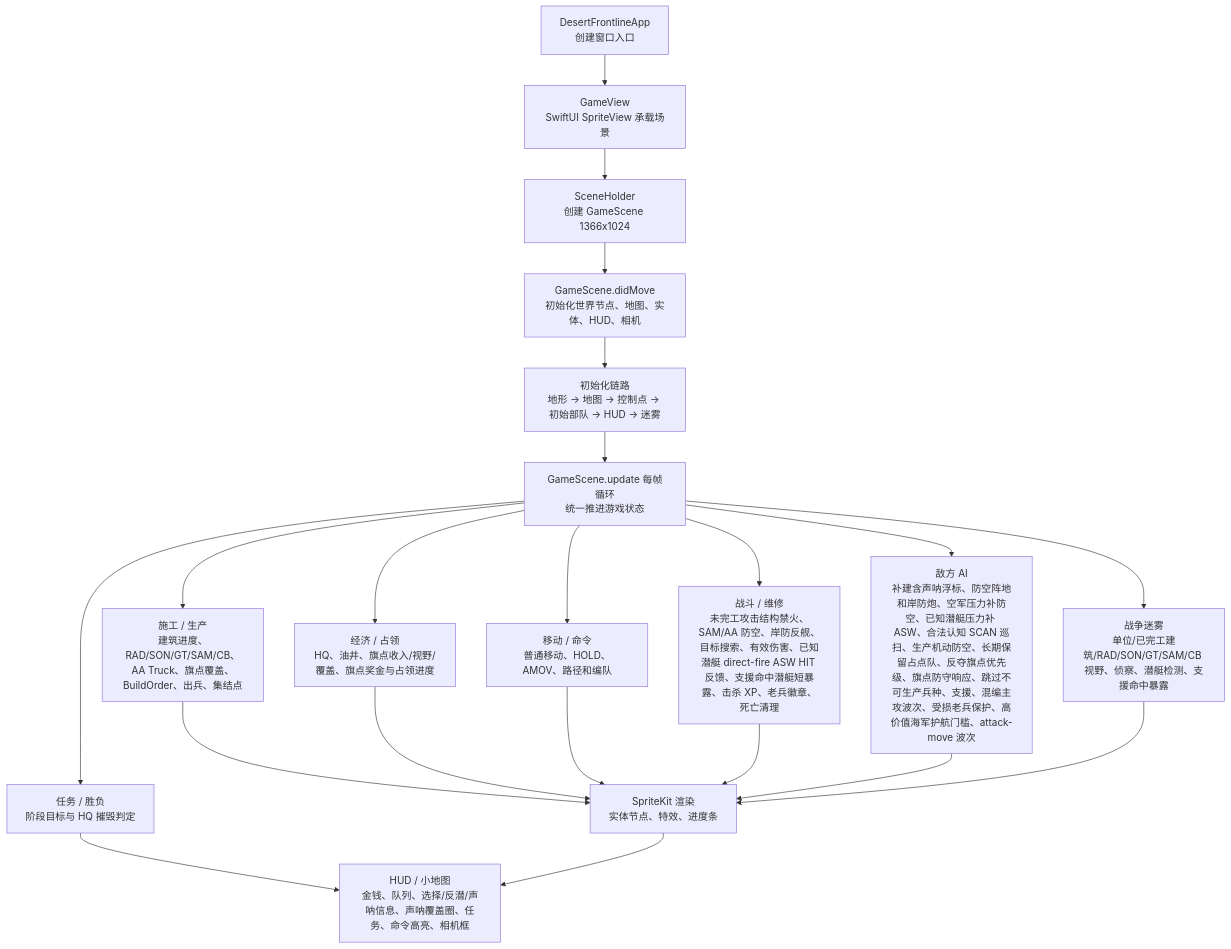
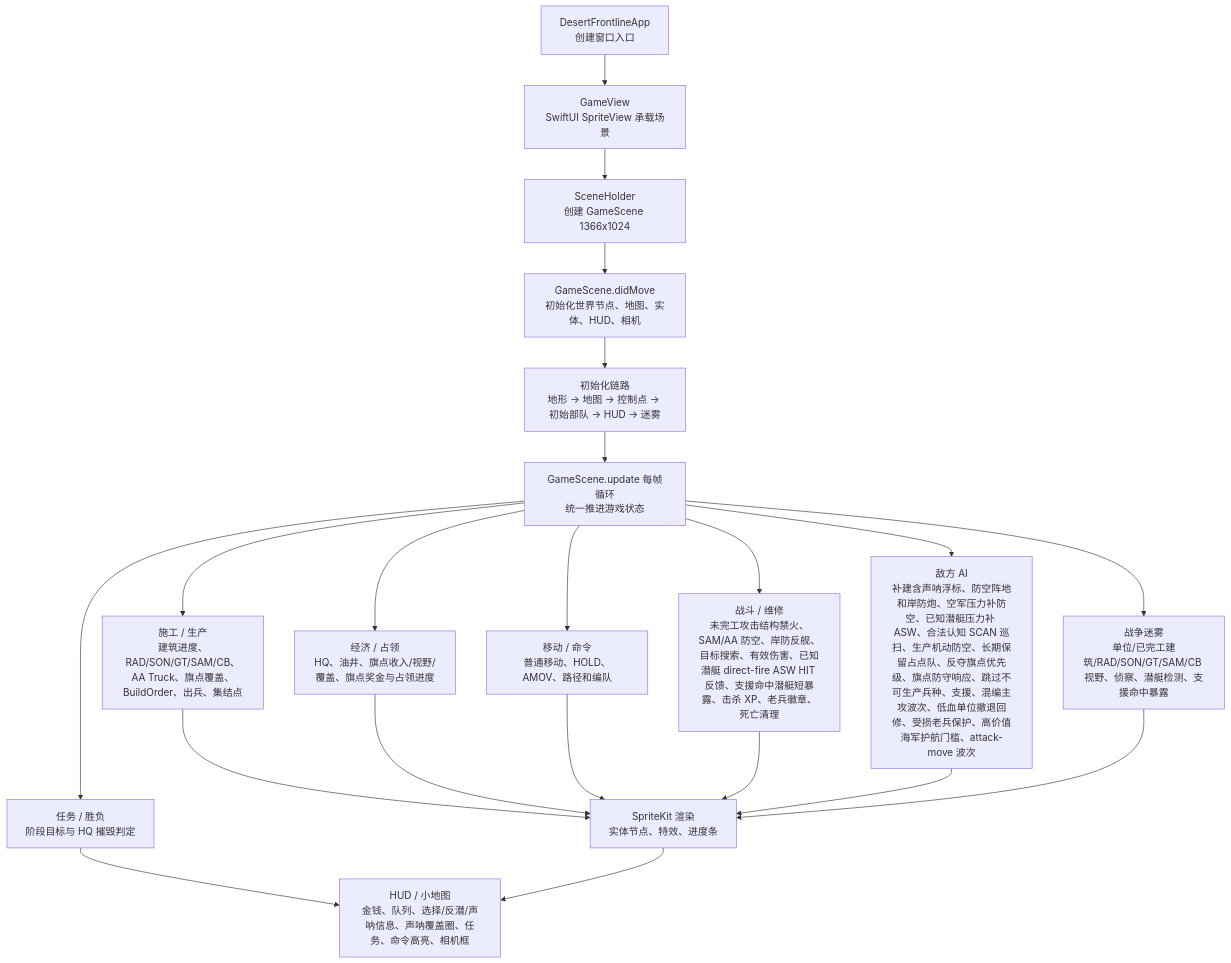
Before and after one commit to Altman-sam114/1145: the first of 3 diagrams in md/flow/flowchart.md, drawn with Mermaid. The commit also changed 4 other files, not shown here.

````diff
--- a/md/flow/flowchart.md
+++ b/md/flow/flowchart.md
@@ -9,23 +9,23 @@
 ```mermaid
 flowchart TD
   App["DesertFrontlineApp\n创建窗口入口"] --> View["GameView\nSwiftUI SpriteView 承载场景"]
   View --> Holder["SceneHolder\n创建 GameScene 1366x1024"]
   Holder --> Scene["GameScene.didMove\n初始化世界节点、地图、实体、HUD、相机"]
   Scene --> Init["初始化链路\n地形 -> 地图 -> 控制点 -> 初始部队 -> HUD -> 迷雾"]
   Init --> Loop["GameScene.update 每帧循环\n统一推进游戏状态"]
   Loop --> Build["施工 / 生产\n建筑进度、RAD/SON/GT/SAM/CB、AA Truck、旗点覆盖、BuildOrder、出兵、集结点"]
   Loop --> Economy["经济 / 占领\nHQ、油井、旗点收入/视野/覆盖、旗点奖金与占领进度"]
   Loop --> Commands["移动 / 命令\n普通移动、HOLD、AMOV、路径和编队"]
   Loop --> Combat["战斗 / 维修\n未完工攻击结构禁火、SAM/AA 防空、岸防反舰、目标搜索、有效伤害、已知潜艇 direct-fire ASW HIT 反馈、支援命中潜艇短暴露、击杀 XP、老兵徽章、死亡清理"]
-  Loop --> AI["敌方 AI\n补建含声呐浮标、防空阵地和岸防炮、空军压力补防空、已知潜艇压力补 ASW、合法认知 SCAN 巡扫、生产机动防空、长期保留占点队、反夺旗点优先级、旗点防守响应、跳过不可生产兵种、支援、混编主攻波次、受损老兵保护、高价值海军护航门槛、attack-move 波次"]
+  Loop --> AI["敌方 AI\n补建含声呐浮标、防空阵地和岸防炮、空军压力补防空、已知潜艇压力补 ASW、合法认知 SCAN 巡扫、生产机动防空、长期保留占点队、反夺旗点优先级、旗点防守响应、跳过不可生产兵种、支援、混编主攻波次、低血单位撤退回修、受损老兵保护、高价值海军护航门槛、attack-move 波次"]
   Loop --> Fog["战争迷雾\n单位/已完工建筑/RAD/SON/GT/SAM/CB 视野、侦察、潜艇检测、支援命中暴露"]
   Loop --> Mission["任务 / 胜负\n阶段目标与 HQ 摧毁判定"]
   Build --> Render["SpriteKit 渲染\n实体节点、特效、进度条"]
   Economy --> Render
   Commands --> Render
   Combat --> Render
   AI --> Render
   Fog --> Render
   Mission --> HUD["HUD / 小地图\n金钱、队列、选择/反潜/声呐信息、声呐覆盖圈、任务、命令高亮、相机框"]
   Render --> HUD
 ```
````
